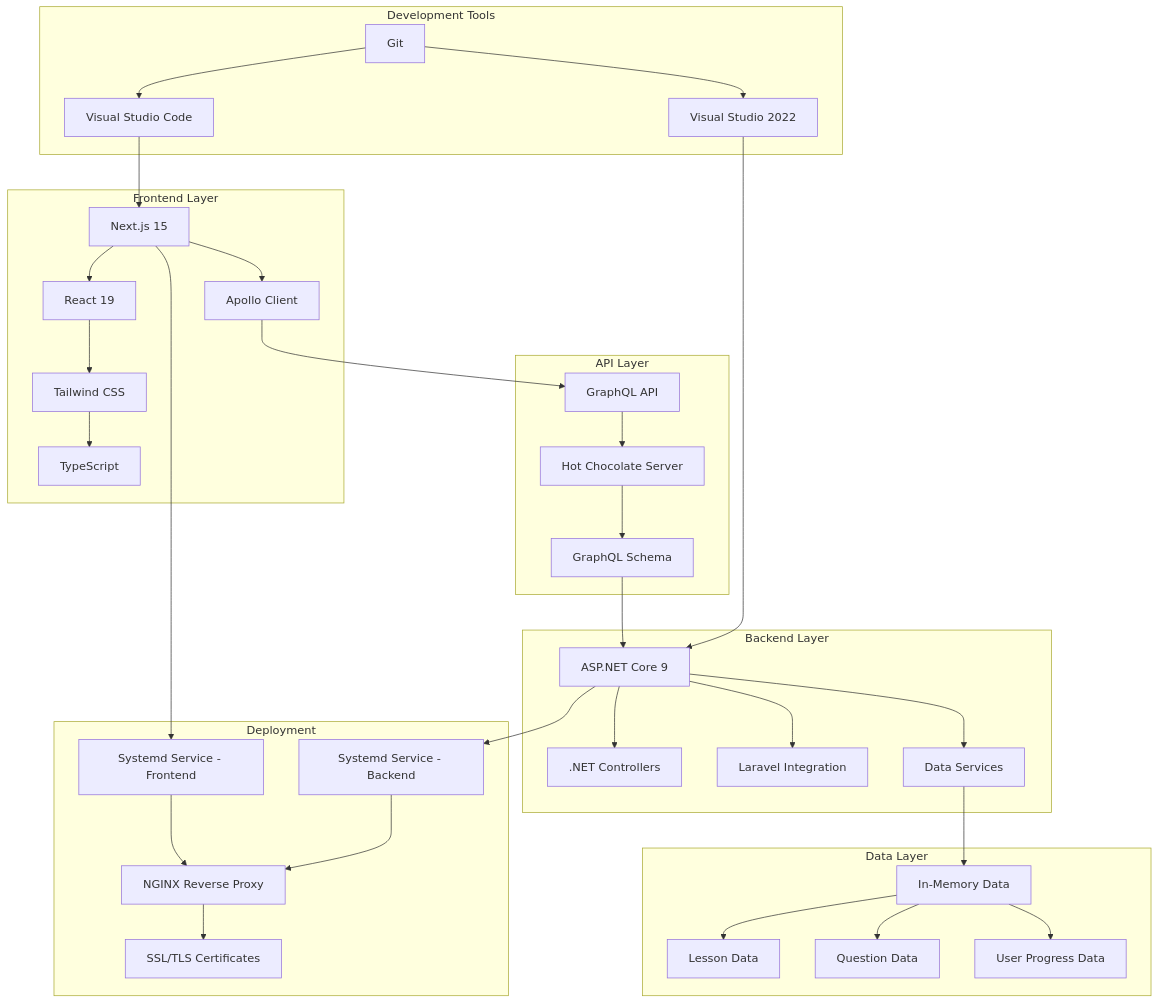
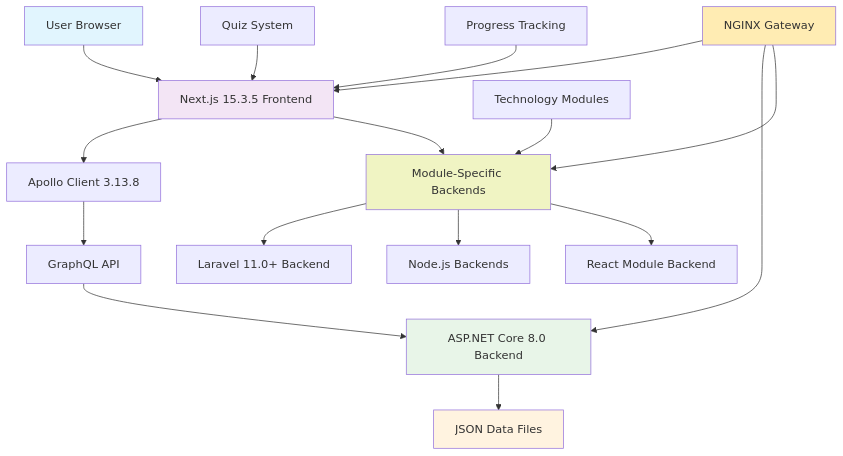
One commit to ErikVeland/GlassCodeAcademy changed the diagram in README.md. Above: the diagram before and after it, drawn with Mermaid. The commit also changed other lines of this file and 167 other files, not shown here.

````diff
--- a/README.md
+++ b/README.md
@@ -40,52 +47,28 @@
 ```mermaid
 graph TB
-    subgraph "Frontend Layer"
-        A[Next.js 15] --> B[React 19]
-        B --> C[Tailwind CSS]
-        C --> D[TypeScript]
-        A --> E[Apollo Client]
-    end
-
-    subgraph "API Layer"
-        E --> F[GraphQL API]
-        F --> G[Hot Chocolate Server]
-        G --> H[GraphQL Schema]
-    end
-
-    subgraph "Backend Layer"
-        H --> I[ASP.NET Core 9]
-        I --> J[.NET Controllers]
-        I --> K[Laravel Integration]
-        I --> L[Data Services]
-    end
-
-    subgraph "Data Layer"
-        L --> M[In-Memory Data]
-        M --> N[Lesson Data]
-        M --> O[Question Data]
-        M --> P[User Progress Data]
-    end
-
-    subgraph "Development Tools"
-        Q[Visual Studio Code]
-        R[Visual Studio 2022]
-        S[Git]
-    end
-
-    subgraph "Deployment"
-        T[Systemd Service - Frontend]
-        U[Systemd Service - Backend]
-        V[NGINX Reverse Proxy]
-        W[SSL/TLS Certificates]
-    end
-
-    A --> T
-    I --> U
-    T --> V
-    U --> V
-    V --> W
-    Q --> A
-    R --> I
-    S --> Q
-    S --> R
+    A[User Browser] --> B[Next.js 15.3.5 Frontend]
+    B --> C[Apollo Client 3.13.8]
+    C --> D[GraphQL API]
+    D --> E[ASP.NET Core 8.0 Backend]
+    E --> F[JSON Data Files]
+    
+    B --> G[Module-Specific Backends]
+    G --> H[Laravel 11.0+ Backend]
+    G --> I[Node.js Backends]
+    G --> J[React Module Backend]
+    
+    K[NGINX Gateway] --> B
+    K --> E
+    K --> G
+    
+    L[Quiz System] --> B
+    M[Progress Tracking] --> B
+    N[Technology Modules] --> G
+    
+    style A fill:#e1f5fe
+    style B fill:#f3e5f5
+    style E fill:#e8f5e8
+    style F fill:#fff3e0
+    style G fill:#f0f4c3
+    style K fill:#ffecb3
 ```
````
